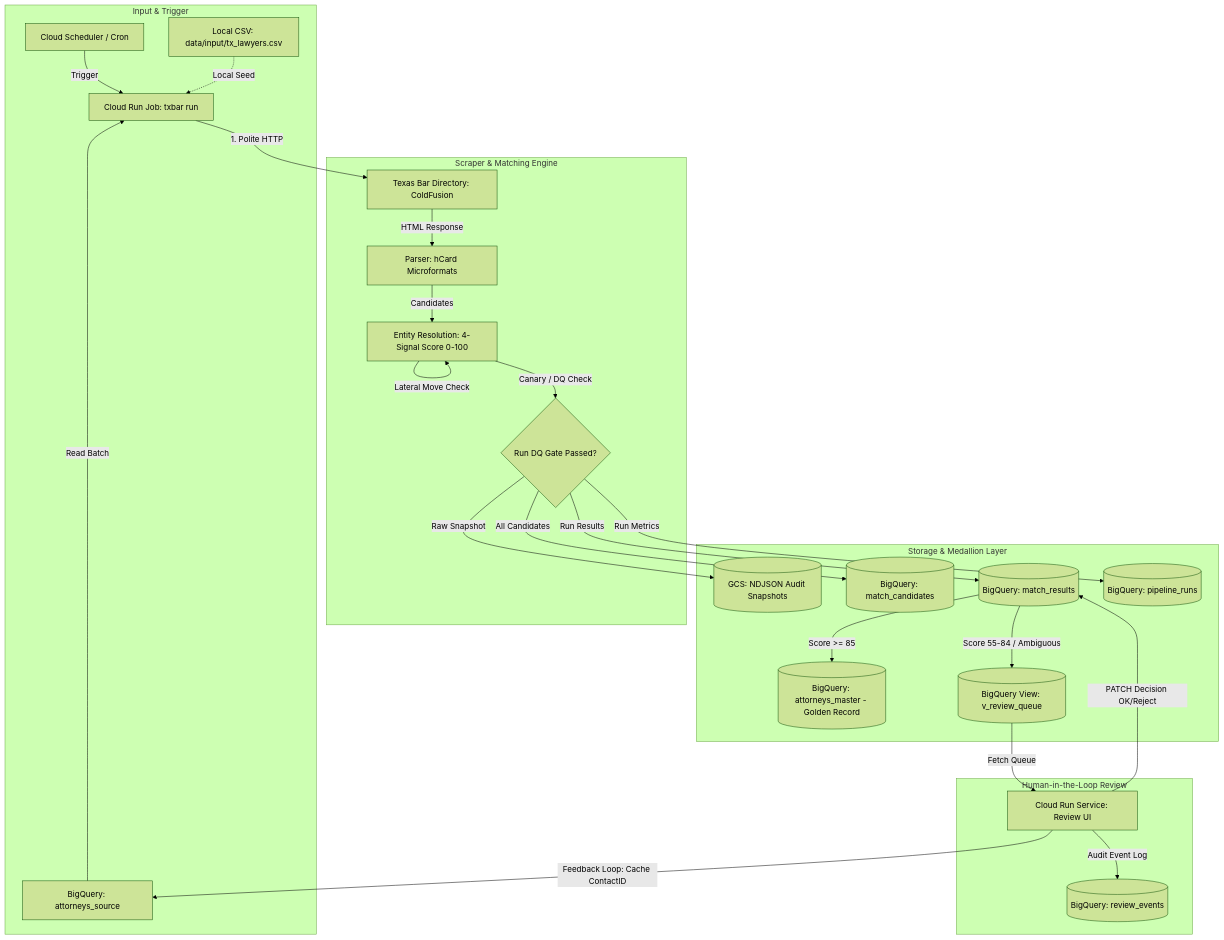
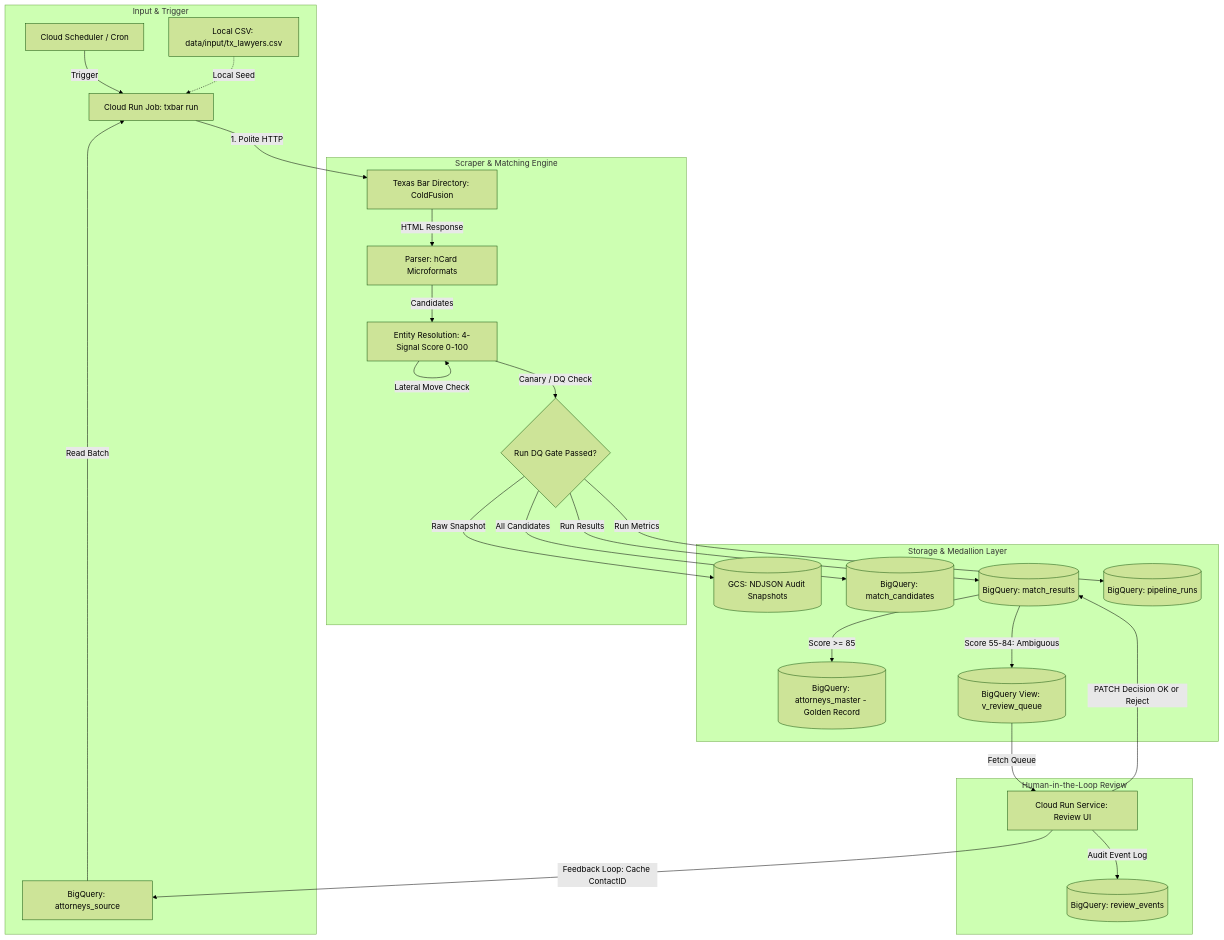
Before and after one commit to zebok/attorney-scrapper: the first of 2 diagrams in README.md, drawn with Mermaid (forest theme). The commit also changed 2 other files, not shown here.

Commit message:
fix(docs): resolve Mermaid parser errors by quoting edge labels and removing unquoted parens

````diff
--- a/README.md
+++ b/README.md
@@ -28,33 +28,33 @@
 ```mermaid
 flowchart TD
     subgraph Input & Trigger
         CS[Cloud Scheduler / Cron] -->|Trigger| CRJ[Cloud Run Job: txbar run]
         BQT[BigQuery: attorneys_source] -->|Read Batch| CRJ
         CSVL[Local CSV: data/input/tx_lawyers.csv] -.->|Local Seed| CRJ
     end
 
     subgraph Scraper & Matching Engine
         CRJ -->|1. Polite HTTP| TXB[Texas Bar Directory: ColdFusion]
         TXB -->|HTML Response| PARS[Parser: hCard Microformats]
         PARS -->|Candidates| RES[Entity Resolution: 4-Signal Score 0-100]
         RES -->|Email Hints / Nicknames| RES
         RES -->|Lateral Move Check| RES
         RES -->|Canary / DQ Check| GATE{Run DQ Gate Passed?}
     end
 
     subgraph Storage & Medallion Layer
         GATE -->|Raw Snapshot| GCS[(GCS: NDJSON Audit Snapshots)]
         GATE -->|All Candidates| BQC[(BigQuery: match_candidates)]
         GATE -->|Run Results| BQR[(BigQuery: match_results)]
         GATE -->|Run Metrics| BQP[(BigQuery: pipeline_runs)]
-        BQR -->|Score >= 85| BQM[(BigQuery: attorneys_master - Golden Record)]
-        BQR -->|Score 55-84 / Ambiguous| BQV[(BigQuery View: v_review_queue)]
+        BQR -->|"Score >= 85"| BQM[(BigQuery: attorneys_master - Golden Record)]
+        BQR -->|"Score 55-84: Ambiguous"| BQV[(BigQuery View: v_review_queue)]
     end
 
     subgraph Human-in-the-Loop Review
-        BQV -->|Fetch Queue| CRS[Cloud Run Service: Review UI]
-        CRS -->|PATCH Decision OK/Reject| BQR
-        CRS -->|Feedback Loop: Cache ContactID| BQT
-        CRS -->|Audit Event Log| BQE[(BigQuery: review_events)]
+        BQV -->|"Fetch Queue"| CRS[Cloud Run Service: Review UI]
+        CRS -->|"PATCH Decision OK or Reject"| BQR
+        CRS -->|"Feedback Loop: Cache ContactID"| BQT
+        CRS -->|"Audit Event Log"| BQE[(BigQuery: review_events)]
     end
 ```
````
